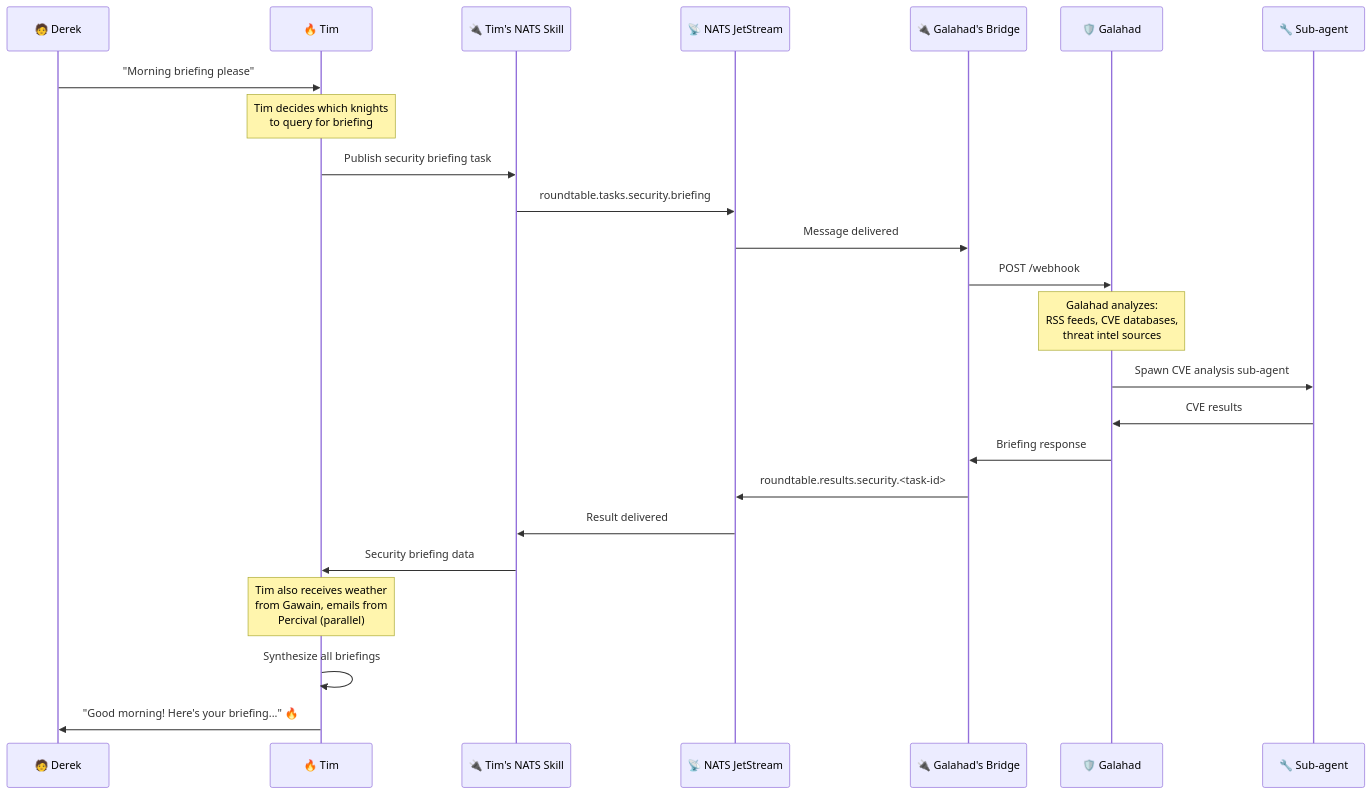
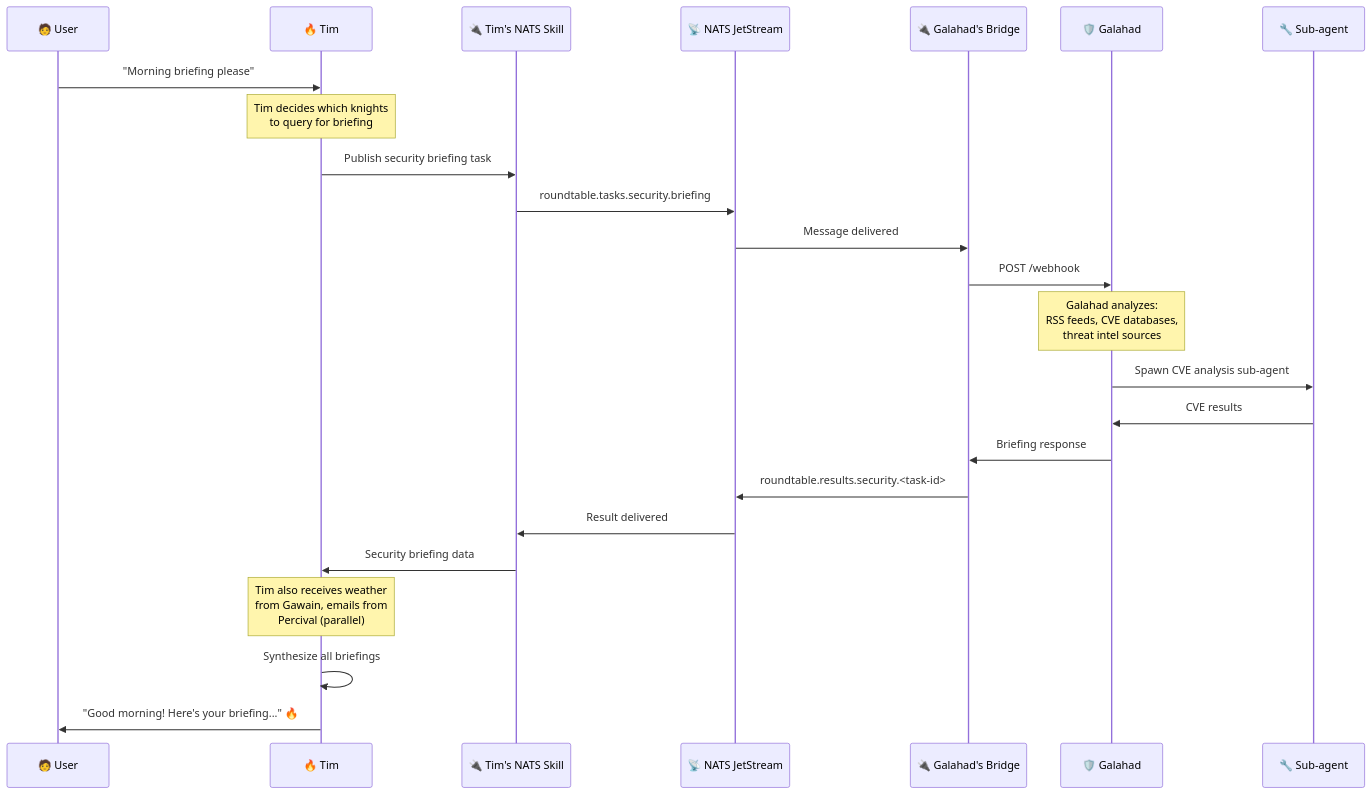
One commit to dapperdivers/roundtable changed the fourth of 6 diagrams in docs/architecture.md. Above: the diagram before and after it, drawn with Mermaid. The commit also changed other lines of this file and 2 other files, not shown here.

````diff
--- a/docs/architecture.md
+++ b/docs/architecture.md
@@ -121,35 +124,35 @@
 ```mermaid
 sequenceDiagram
-    participant D as 🧑 Derek
+    participant U as 🧑 User
     participant T as 🔥 Tim
     participant TN as 🔌 Tim's NATS Skill
     participant N as 📡 NATS JetStream
     participant GB as 🔌 Galahad's Bridge
     participant G as 🛡️ Galahad
     participant S as 🔧 Sub-agent
 
-    D->>T: "Morning briefing please"
+    U->>T: "Morning briefing please"
     
     Note over T: Tim decides which knights<br/>to query for briefing
 
     T->>TN: Publish security briefing task
     TN->>N: roundtable.tasks.security.briefing
 
     N->>GB: Message delivered
     GB->>G: POST /webhook
 
     Note over G: Galahad analyzes:<br/>RSS feeds, CVE databases,<br/>threat intel sources
 
     G->>S: Spawn CVE analysis sub-agent
     S->>G: CVE results
 
     G->>GB: Briefing response
     GB->>N: roundtable.results.security.<task-id>
     N->>TN: Result delivered
     TN->>T: Security briefing data
 
     Note over T: Tim also receives weather<br/>from Gawain, emails from<br/>Percival (parallel)
 
     T->>T: Synthesize all briefings
-    T->>D: "Good morning! Here's your briefing..." 🔥
+    T->>U: "Good morning! Here's your briefing..." 🔥
 ```
````
